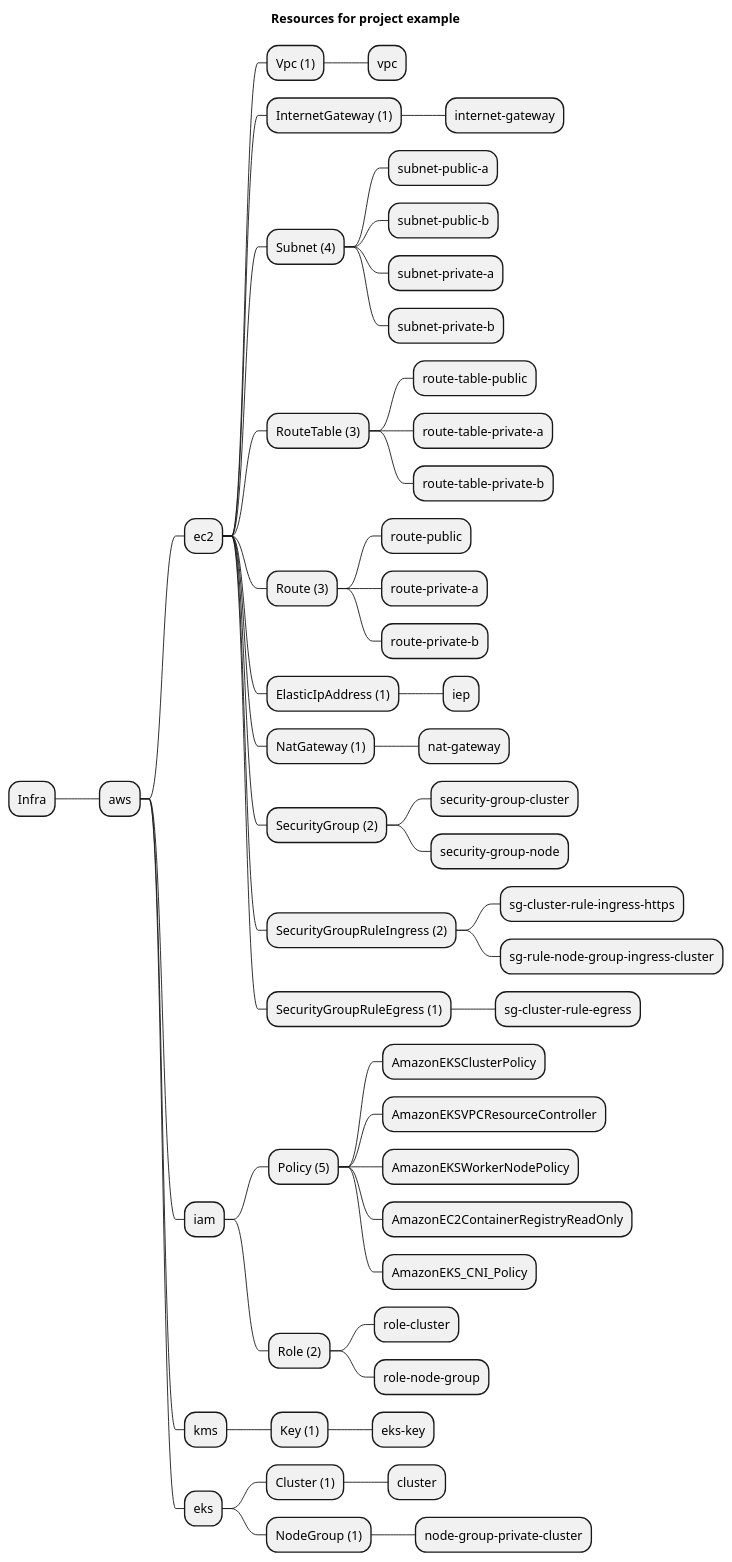
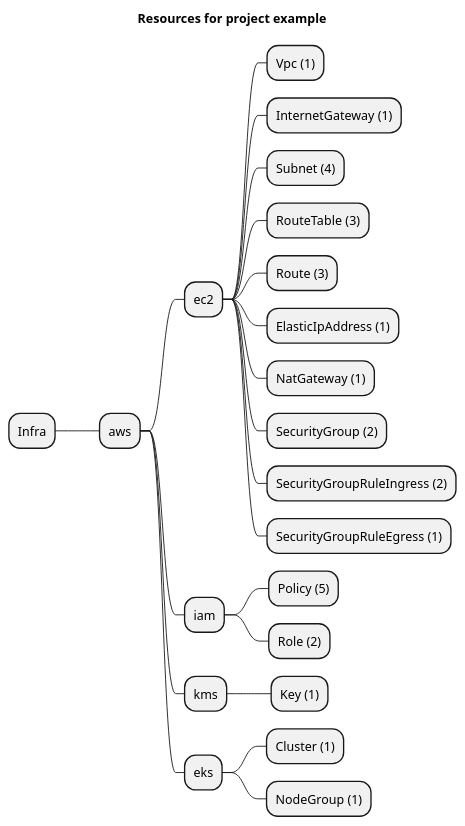
The diagram in packages/modules/aws/eks/example/artifacts/resources-mindmap.puml (grucloud/grucloud), drawn with PlantUML before and after one commit. The commit also changed 197 other files, not shown here.

```diff
--- a/packages/modules/aws/eks/example/artifacts/resources-mindmap.puml
+++ b/packages/modules/aws/eks/example/artifacts/resources-mindmap.puml
@@ -1,54 +1,25 @@
 @startmindmap
 title Resources for project example
 skinparam monochrome true
 + Infra
 ++ aws
 +++ ec2
 ++++ Vpc (1)
-+++++ vpc
 ++++ InternetGateway (1)
-+++++ internet-gateway
 ++++ Subnet (4)
-+++++ subnet-public-a
-+++++ subnet-public-b
-+++++ subnet-private-a
-+++++ subnet-private-b
 ++++ RouteTable (3)
-+++++ route-table-public
-+++++ route-table-private-a
-+++++ route-table-private-b
 ++++ Route (3)
-+++++ route-public
-+++++ route-private-a
-+++++ route-private-b
 ++++ ElasticIpAddress (1)
-+++++ iep
 ++++ NatGateway (1)
-+++++ nat-gateway
 ++++ SecurityGroup (2)
-+++++ security-group-cluster
-+++++ security-group-node
 ++++ SecurityGroupRuleIngress (2)
-+++++ sg-cluster-rule-ingress-https
-+++++ sg-rule-node-group-ingress-cluster
 ++++ SecurityGroupRuleEgress (1)
-+++++ sg-cluster-rule-egress
 +++ iam
 ++++ Policy (5)
-+++++ AmazonEKSClusterPolicy
-+++++ AmazonEKSVPCResourceController
-+++++ AmazonEKSWorkerNodePolicy
-+++++ AmazonEC2ContainerRegistryReadOnly
-+++++ AmazonEKS_CNI_Policy
 ++++ Role (2)
-+++++ role-cluster
-+++++ role-node-group
 +++ kms
 ++++ Key (1)
-+++++ eks-key
 +++ eks
 ++++ Cluster (1)
-+++++ cluster
 ++++ NodeGroup (1)
-+++++ node-group-private-cluster
 @endmindmap
```
